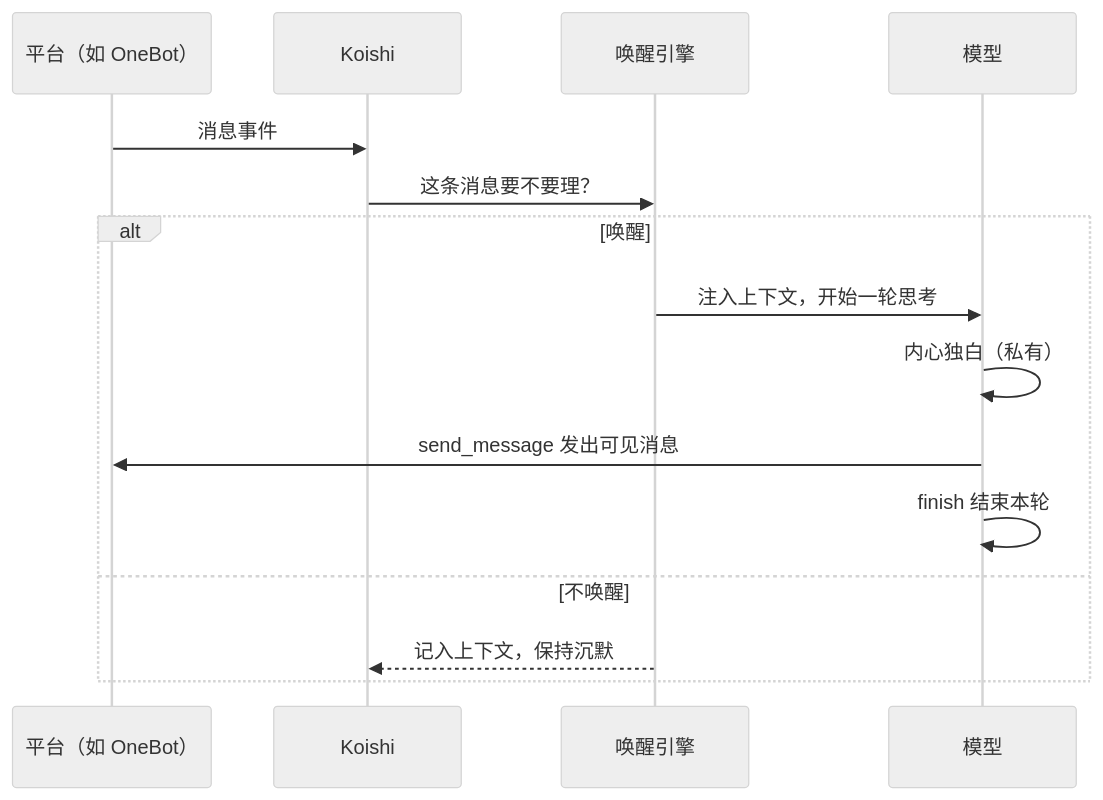
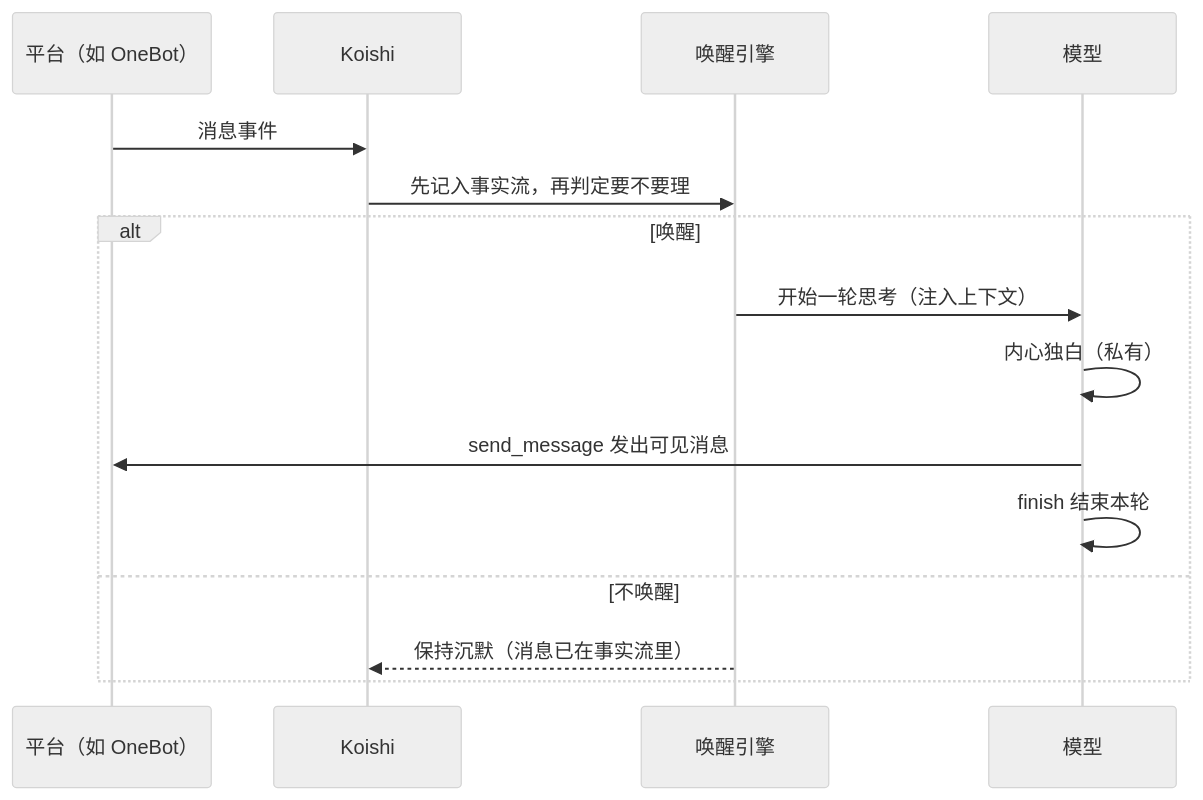
Before and after one commit to YesWeAreBot/ishiki: the diagram in docs/content/docs/index.mdx, drawn with Mermaid (neutral theme). The commit also changed other lines of this file and 17 other files, not shown here.

````diff
--- a/docs/content/docs/index.mdx
+++ b/docs/content/docs/index.mdx
@@ -19,17 +19,17 @@
 ```mermaid
 sequenceDiagram
     participant P as 平台（如 OneBot）
     participant K as Koishi
     participant W as 唤醒引擎
     participant A as 模型
     P->>K: 消息事件
-    K->>W: 这条消息要不要理？
+    K->>W: 先记入事实流，再判定要不要理
     alt 唤醒
-        W->>A: 注入上下文，开始一轮思考
+        W->>A: 开始一轮思考（注入上下文）
         A->>A: 内心独白（私有）
         A->>P: send_message 发出可见消息
         A->>A: finish 结束本轮
     else 不唤醒
-        W-->>K: 记入上下文，保持沉默
+        W-->>K: 保持沉默（消息已在事实流里）
     end
 ```
````
